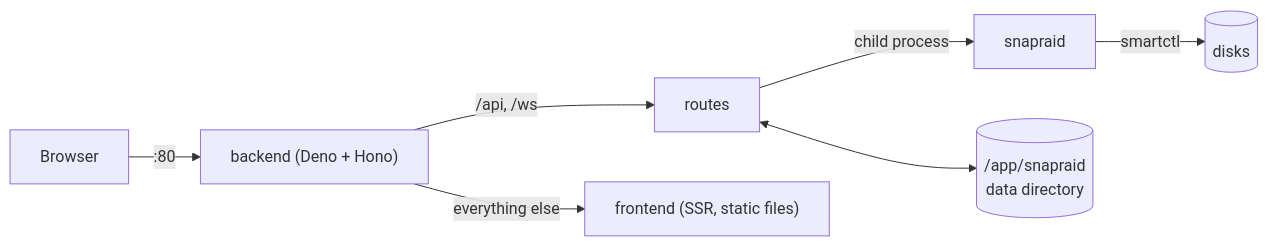
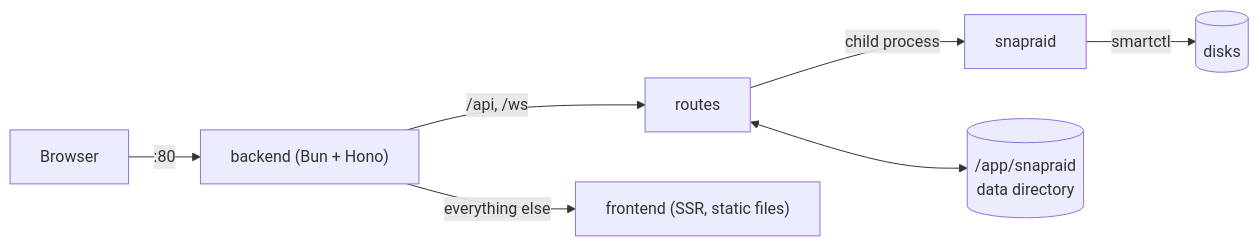
One commit to firsttris/snapraid-ui changed the first of 2 diagrams in docs/architecture.md. Above: the diagram before and after it, drawn with Mermaid. The commit also changed other lines of this file and 130 other files, not shown here.

First line of the commit message:
Move SnapRAID UI to Bun: frontend, e2e and backend (#80)

````diff
--- a/docs/architecture.md
+++ b/docs/architecture.md
@@ -49,9 +49,9 @@
 ```mermaid
 flowchart LR
-  B[Browser] -->|":80"| A["backend (Deno + Hono)"]
+  B[Browser] -->|":80"| A["backend (Bun + Hono)"]
   A -->|"/api, /ws"| R[routes]
   A -->|"everything else"| F["frontend (SSR, static files)"]
   R -->|child process| S[snapraid]
   S -->|smartctl| D[(disks)]
   R <--> V[("/app/snapraid<br/>data directory")]
 ```
````
